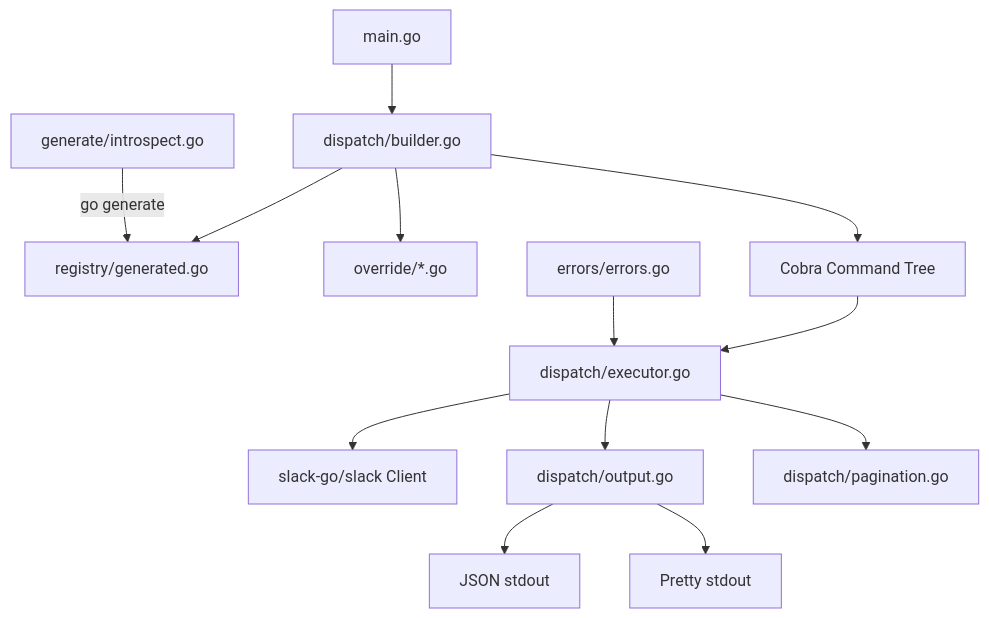
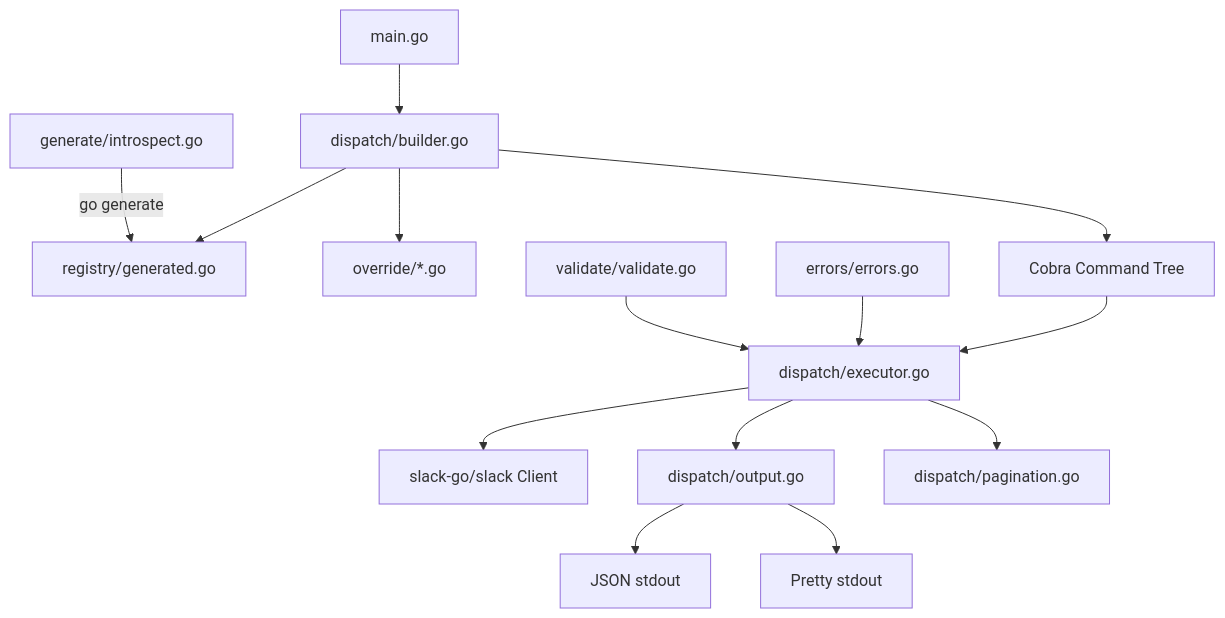
One commit to AvogadroSG1/slack-cli changed the diagram in docs/superpowers/specs/2026-04-09-slack-cli-design.md. Above: the diagram before and after it, drawn with Mermaid.

Commit message:
checkpoint: edit docs/superpowers/specs/2026-04-09-slack-cli-design.md [claude-auto]

````diff
--- a/docs/superpowers/specs/2026-04-09-slack-cli-design.md
+++ b/docs/superpowers/specs/2026-04-09-slack-cli-design.md
@@ -26,17 +26,18 @@
 ```mermaid
 graph TD
     A[main.go] --> B[dispatch/builder.go]
     B --> C[registry/generated.go]
     B --> D[override/*.go]
     B --> E[Cobra Command Tree]
     E --> F[dispatch/executor.go]
     F --> G[slack-go/slack Client]
     F --> H[dispatch/output.go]
     F --> I[dispatch/pagination.go]
     H --> J[JSON stdout]
     H --> K[Pretty stdout]
     
     L[generate/introspect.go] -->|go generate| C
     
     M[errors/errors.go] --> F
+    N[validate/validate.go] --> F
 ```
````
